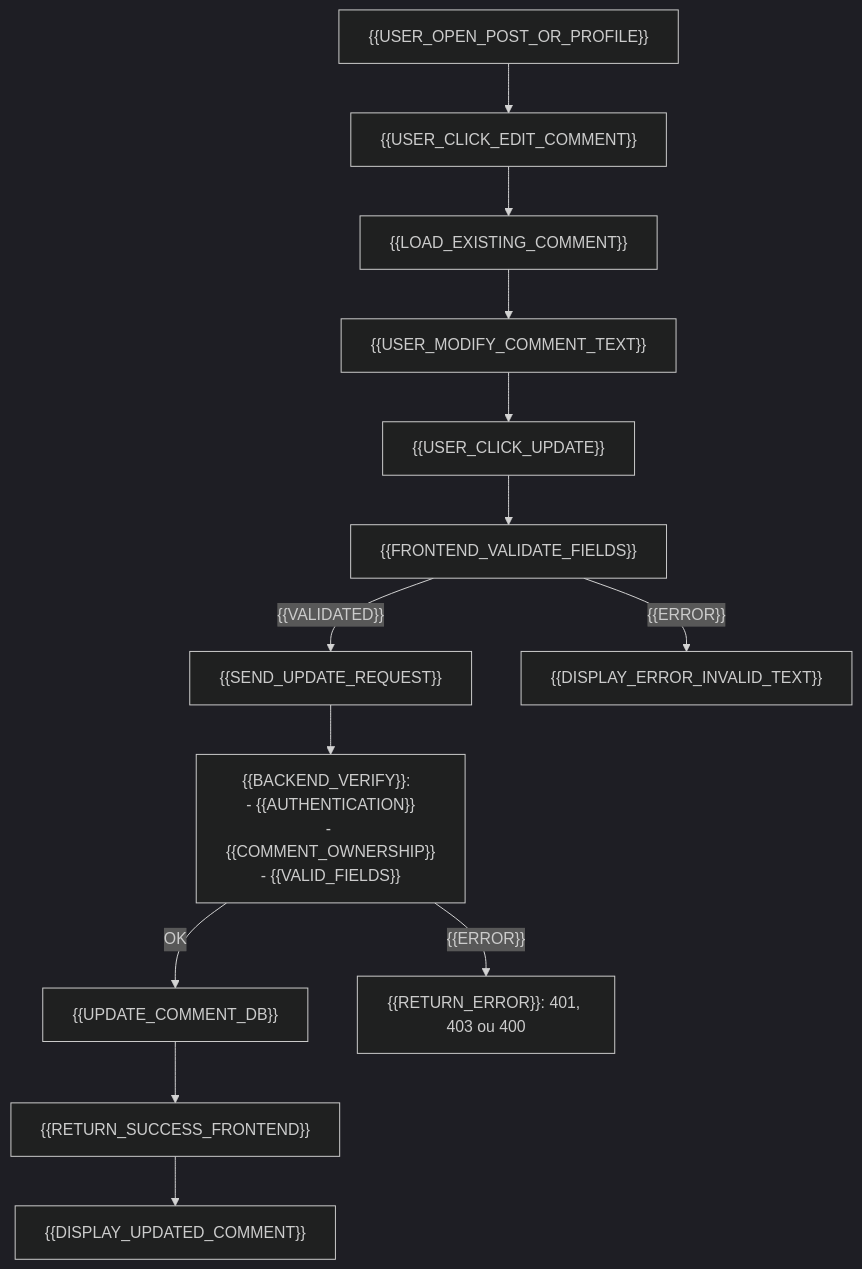
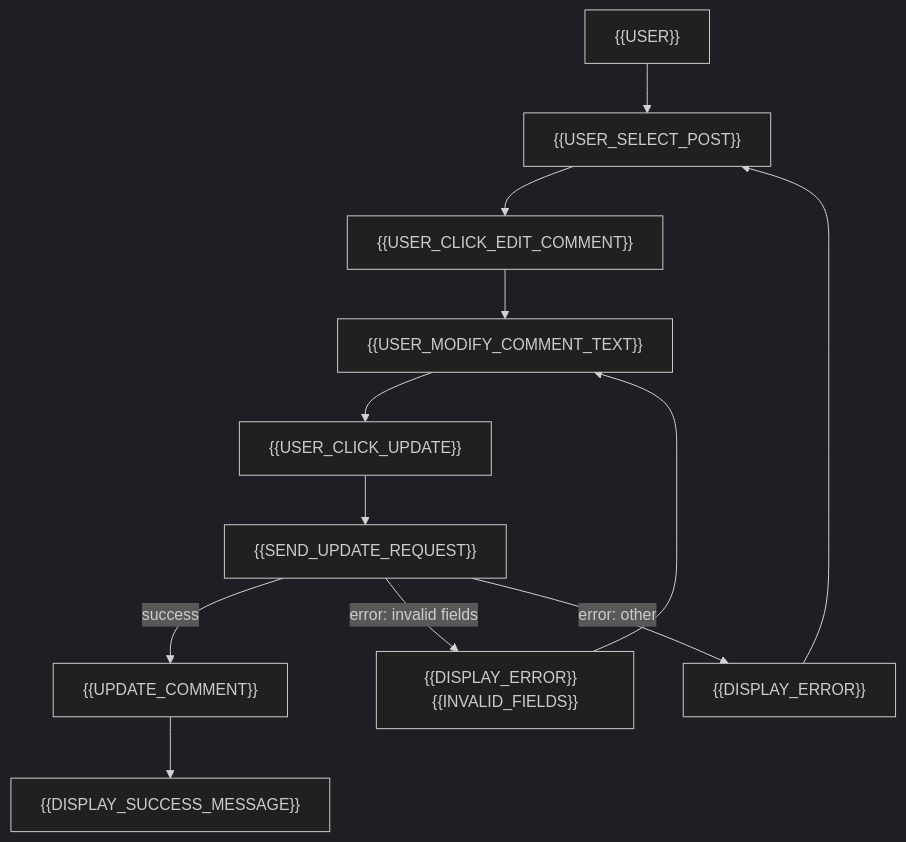
Before and after one commit to lchouville/NexaCore: the diagram in Documents/Edition-files/UserFlow/comment_ticket_update.mmd, drawn with Mermaid. The commit also changed 148 other files, not shown here.

Commit message:
Add French translations for UI elements, API backend, architecture, database tables, fields, and types; remove outdated French translations; add English translations for new keys; update README with usage instructions.

```diff
--- a/Documents/Edition-files/UserFlow/comment_ticket_update.mmd
+++ b/Documents/Edition-files/UserFlow/comment_ticket_update.mmd
@@ -1,22 +1,32 @@
 ---
 config:
     theme: dark
     look: classic
     layout: dagre
 ---
 flowchart TD
-A["{{USER_OPEN_POST_OR_PROFILE}}"] --> B["{{USER_CLICK_EDIT_COMMENT}}"]
-B --> C["{{LOAD_EXISTING_COMMENT}}"]
-C --> D["{{USER_MODIFY_COMMENT_TEXT}}"]
-D --> E["{{USER_CLICK_UPDATE}}"]
-E --> F["{{FRONTEND_VALIDATE_FIELDS}}"]
-F -->|"{{VALIDATED}}"| G["{{SEND_UPDATE_REQUEST}}"]
-F -->|"{{ERROR}}"| F1["{{DISPLAY_ERROR_INVALID_TEXT}}"]
-G --> H["{{BACKEND_VERIFY}}:  
-- {{AUTHENTICATION}}  
-- {{COMMENT_OWNERSHIP}}  
-- {{VALID_FIELDS}}"]
-H -->|OK| I["{{UPDATE_COMMENT_DB}}"]
-H -->|"{{ERROR}}"| H1["{{RETURN_ERROR}}: 401, 403 ou 400"]
-I --> J["{{RETURN_SUCCESS_FRONTEND}}"]
-J --> K["{{DISPLAY_UPDATED_COMMENT}}"]
+
+%% Nodes definition
+A["{{USER}}"]
+B["{{USER_SELECT_POST}}"]
+C["{{USER_CLICK_EDIT_COMMENT}}"]
+D["{{USER_MODIFY_COMMENT_TEXT}}"]
+E["{{USER_CLICK_UPDATE}}"]
+Fy["{{SEND_UPDATE_REQUEST}}"]
+Fn["{{DISPLAY_ERROR}}  {{INVALID_FIELDS}}"]
+Gn["{{DISPLAY_ERROR}}"]
+Gy["{{UPDATE_COMMENT}}"]
+J["{{DISPLAY_SUCCESS_MESSAGE}}"]
+
+%% Flow definition
+A --> B
+B --> C
+C --> D
+D --> E
+E --> Fy
+Fy -->|success| Gy
+Gy --> J
+Fy -->|error: invalid fields| Fn
+Fy -->|error: other| Gn
+Gn --> B
+Fn --> D
```
